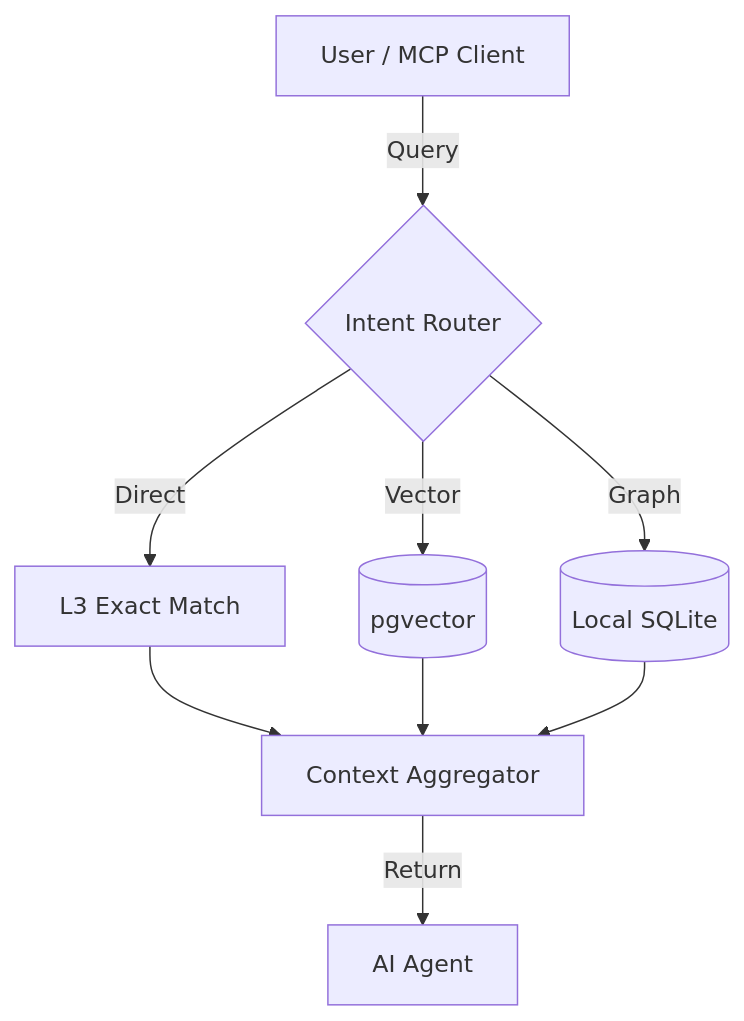
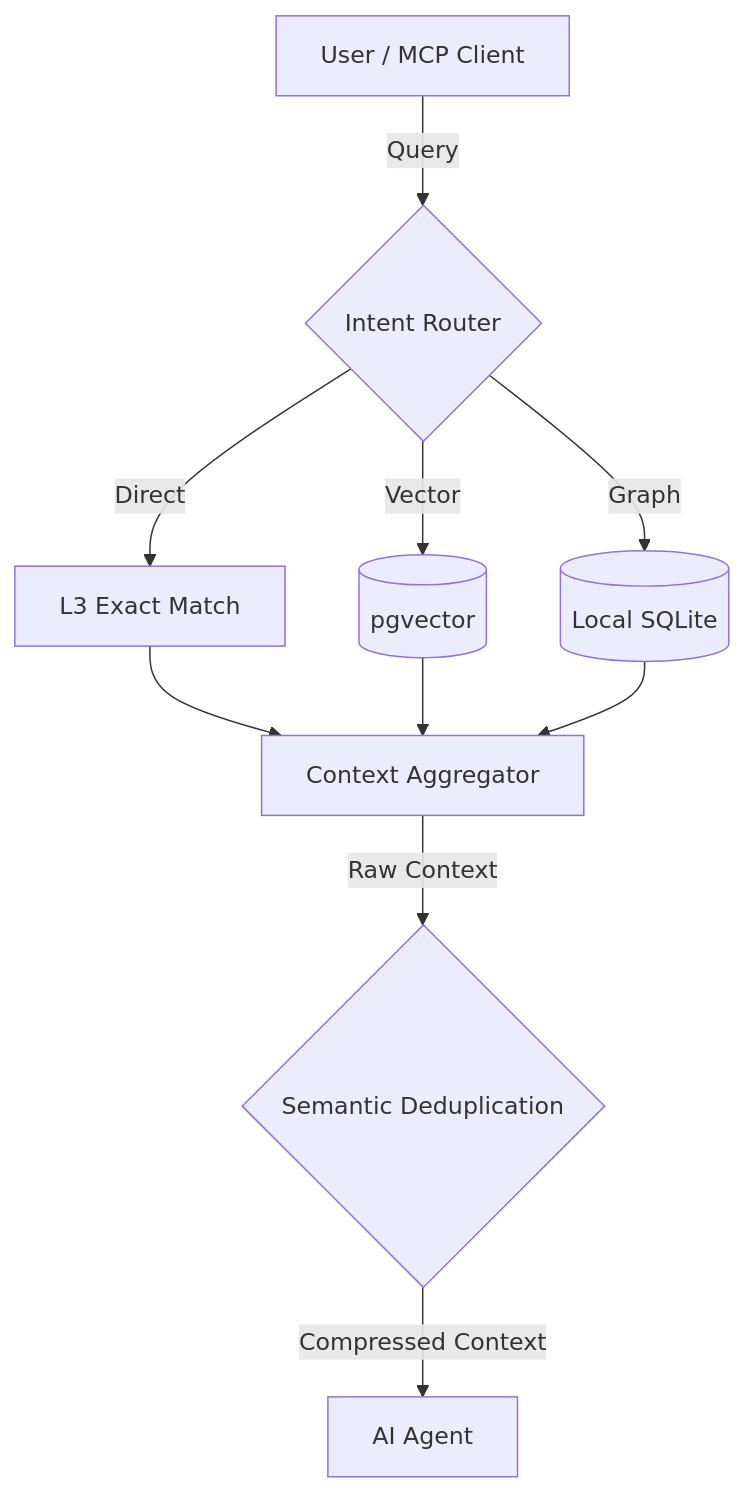
One commit to dyphn1/Docuvia changed the diagram in docs/gitbook/roadmap/features/semantic-deduplication-in-agentic-rag.md. Above: the diagram before and after it, drawn with Mermaid. The commit also changed other lines of this file and 46 other files, not shown here.

First line of the commit message:
docs(architecture): expand roadmap and update architecture records

````diff
--- a/docs/gitbook/roadmap/features/semantic-deduplication-in-agentic-rag.md
+++ b/docs/gitbook/roadmap/features/semantic-deduplication-in-agentic-rag.md
@@ -15,11 +20,12 @@
 ```mermaid
 graph TD
     User[User / MCP Client] --> |Query| Router{Intent Router}
     Router --> |Direct| L3[L3 Exact Match]
     Router --> |Vector| VDB[(pgvector)]
     Router --> |Graph| SQL[(Local SQLite)]
     L3 --> Context[Context Aggregator]
     VDB --> Context
     SQL --> Context
-    Context --> |Return| LLM[AI Agent]
+    Context --> |Raw Context| Dedup{Semantic Deduplication}
+    Dedup --> |Compressed Context| LLM[AI Agent]
 ```
````
